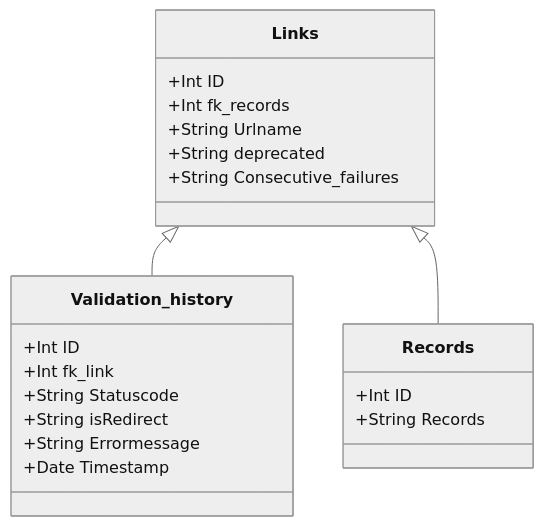
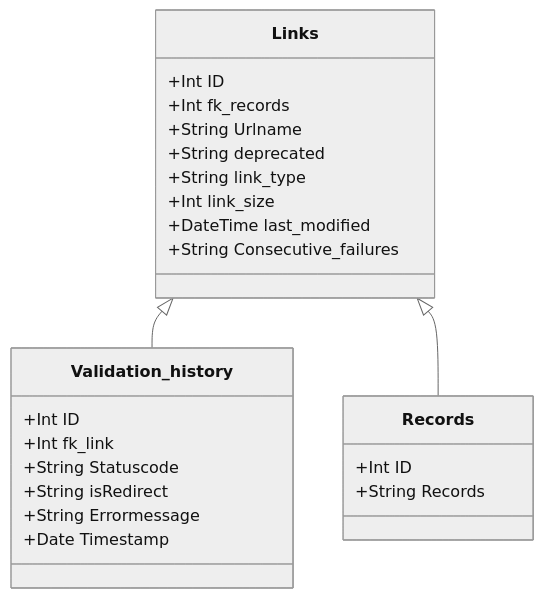
The third of 3 diagrams in docs/design.md (soilwise-he/link-liveliness-assessment), drawn with Mermaid (neutral theme) before and after one commit. The commit also changed other lines of this file, not shown here.

````diff
--- a/docs/design.md
+++ b/docs/design.md
@@ -128,22 +129,25 @@
 ```mermaid
 classDiagram
     Links <|-- Validation_history
     Links <|-- Records
     Links : +Int ID
     Links : +Int fk_records
     Links : +String Urlname
     Links : +String deprecated
+    Links : +String link_type
+    Links : +Int link_size
+    Links : +DateTime last_modified
     Links : +String Consecutive_failures
     class Records{
     +Int ID
     +String Records
     }
     class Validation_history{
       +Int ID
       +Int fk_link
       +String Statuscode
      +String isRedirect
      +String Errormessage
      +Date Timestamp
     }
 ```
````
